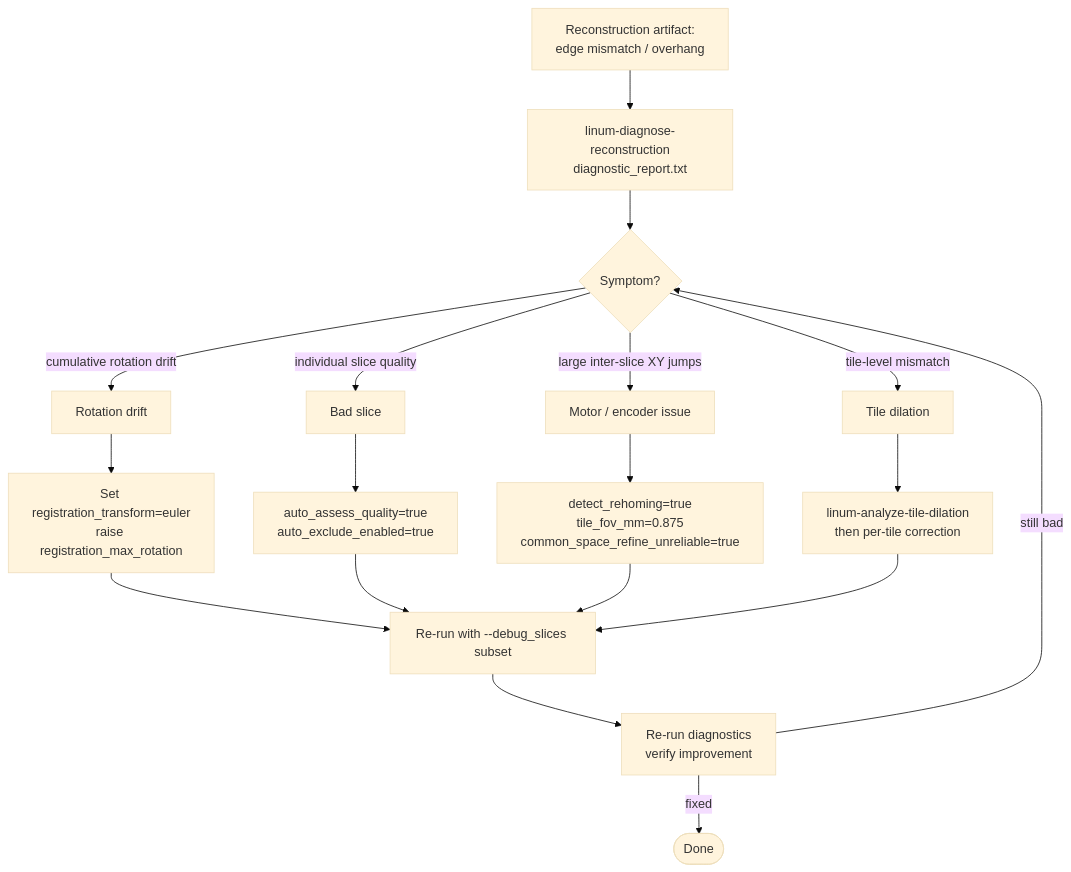
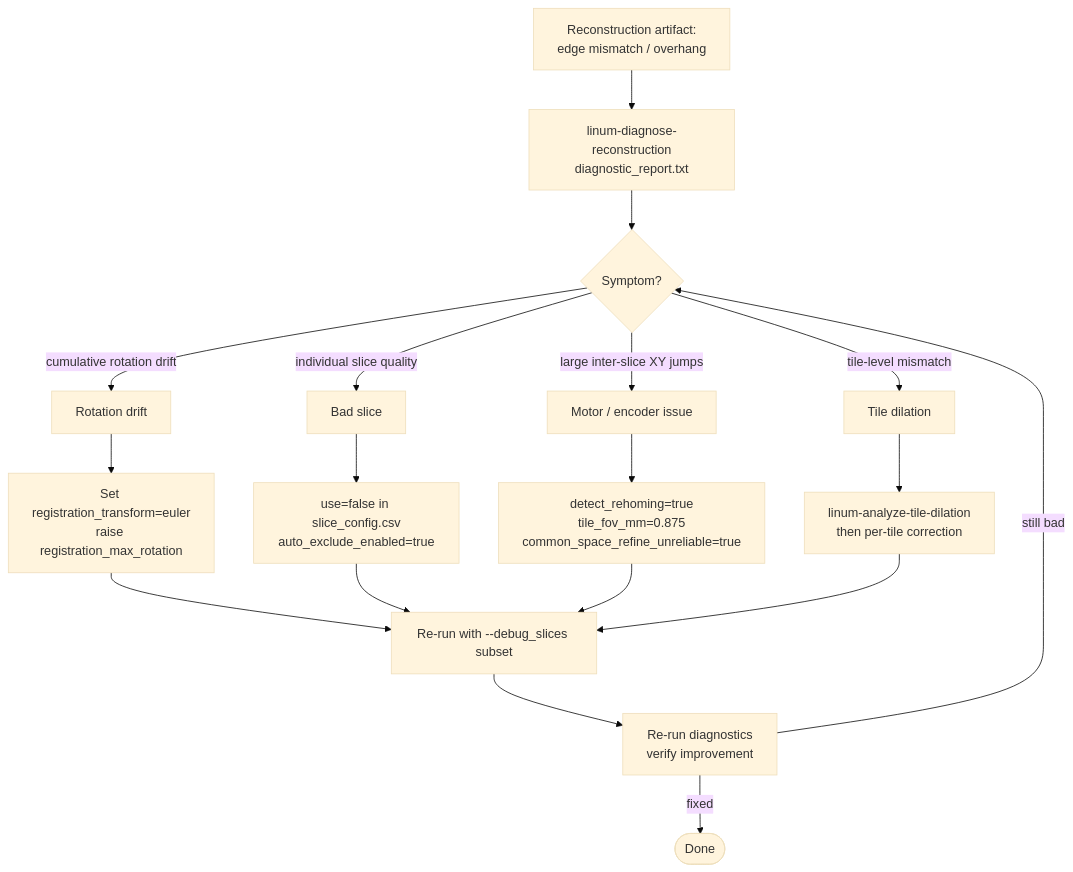
Before and after one commit to FIrgolitsch/linumpy: the diagram in docs/RECONSTRUCTION_DIAGNOSTICS.md, drawn with Mermaid (base theme). The commit also changed other lines of this file and 12 other files, not shown here.

First line of the commit message:
refactor(workflow): remove the slice quality step from reconst_3d

````diff
--- a/docs/RECONSTRUCTION_DIAGNOSTICS.md
+++ b/docs/RECONSTRUCTION_DIAGNOSTICS.md
@@ -192,20 +192,20 @@
 ```mermaid
 flowchart TD
     A[Reconstruction artifact:<br/>edge mismatch / overhang] --> B[linum-diagnose-reconstruction<br/>diagnostic_report.txt]
     B --> C{Symptom?}
     C -->|cumulative rotation drift| D[Rotation drift]
     C -->|individual slice quality| E[Bad slice]
     C -->|large inter-slice XY jumps| F[Motor / encoder issue]
     C -->|tile-level mismatch| G[Tile dilation]
     D --> D1[Set registration_transform=euler<br/>raise registration_max_rotation]
-    E --> E1[auto_assess_quality=true<br/>auto_exclude_enabled=true]
+    E --> E1[use=false in slice_config.csv<br/>auto_exclude_enabled=true]
     F --> F1[detect_rehoming=true<br/>tile_fov_mm=0.875<br/>common_space_refine_unreliable=true]
     G --> G1[linum-analyze-tile-dilation<br/>then per-tile correction]
     D1 --> R[Re-run with --debug_slices subset]
     E1 --> R
     F1 --> R
     G1 --> R
     R --> V[Re-run diagnostics<br/>verify improvement]
     V -->|still bad| C
     V -->|fixed| DONE([Done])
 ```
````
